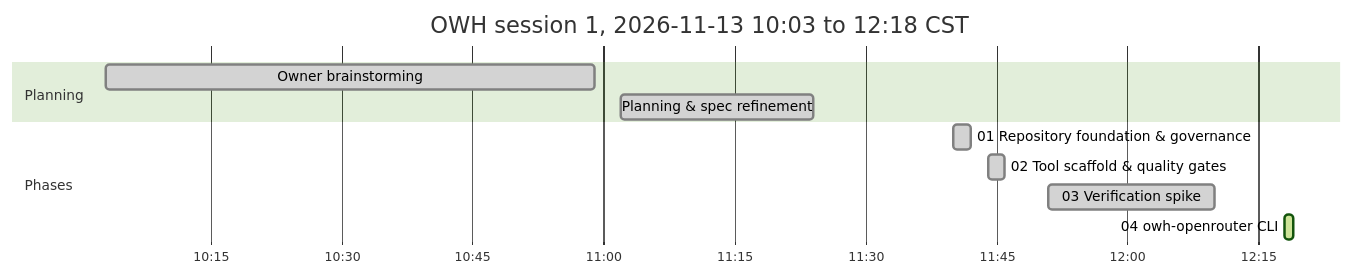
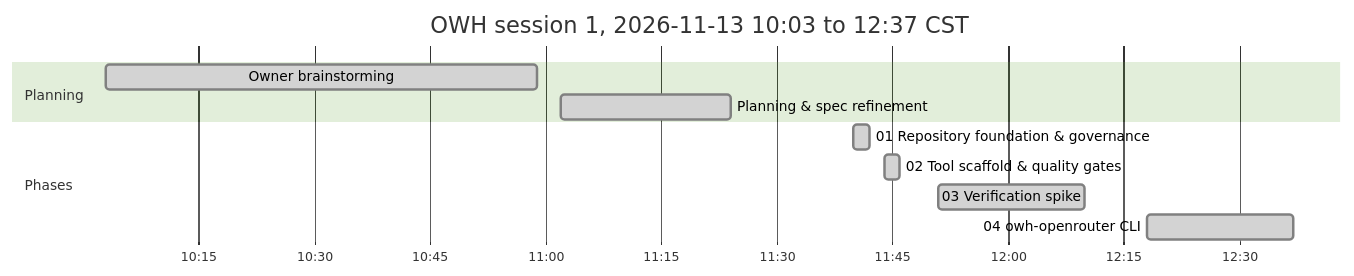
One commit to antonizick/OpenWebUI changed the diagram in OWH_IMPLEMENTATION_PLAN.md. Above: the diagram before and after it, drawn with Mermaid (forest theme). The commit also changed other lines of this file and 1 other file, not shown here.

Commit message:
docs(plan): refresh timeline

````diff
--- a/OWH_IMPLEMENTATION_PLAN.md
+++ b/OWH_IMPLEMENTATION_PLAN.md
@@ -48,14 +48,14 @@
 ```mermaid
 gantt
-    title OWH session 1, 2026-11-13 10:03 to 12:18 CST
+    title OWH session 1, 2026-11-13 10:03 to 12:37 CST
     dateFormat YYYY-MM-DD HH:mm
     axisFormat %H:%M
     section Planning
     Owner brainstorming :done, plan1, 2026-11-13 10:03, 2026-11-13 10:59
     Planning & spec refinement :done, p00, 2026-11-13 11:02, 2026-11-13 11:24
     section Phases
     01 Repository foundation & governance :done, p01s1, 2026-11-13 11:40, 2026-11-13 11:42
     02 Tool scaffold & quality gates :done, p02s1, 2026-11-13 11:44, 2026-11-13 11:46
     03 Verification spike :done, p03s1, 2026-11-13 11:51, 2026-11-13 12:10
-    04 owh-openrouter CLI :active, p04s1, 2026-11-13 12:18, 2026-11-13 12:19
+    04 owh-openrouter CLI :done, p04s1, 2026-11-13 12:18, 2026-11-13 12:37
 ```
````
